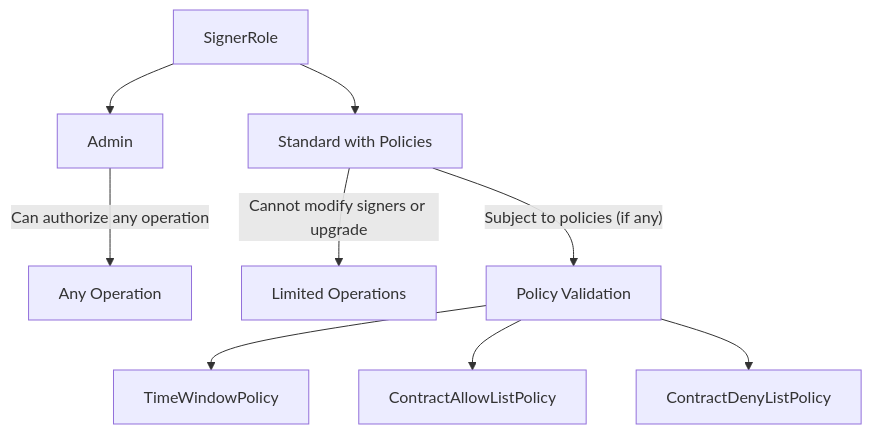
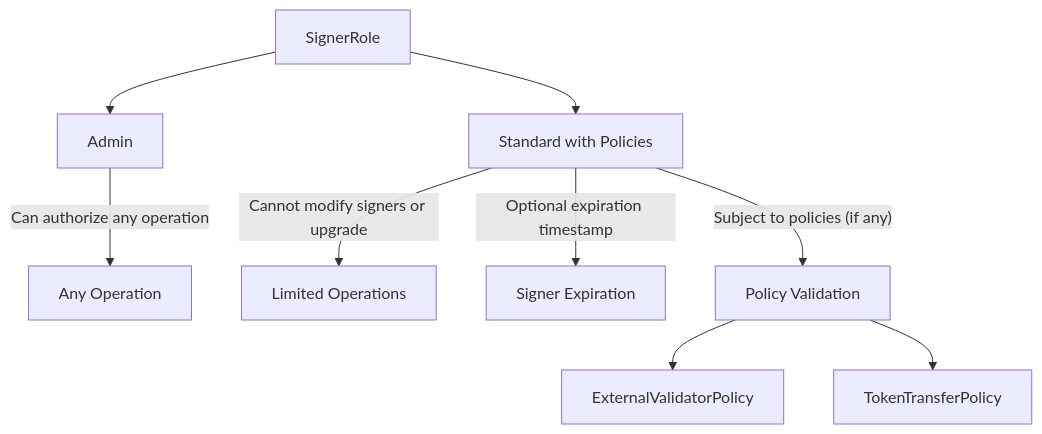
The second of 5 diagrams in contracts/smart-account/README.md (Crossmint/stellar-smart-account), drawn with Mermaid before and after one commit. The commit also changed other lines of this file and 2 other files, not shown here.

````diff
--- a/contracts/smart-account/README.md
+++ b/contracts/smart-account/README.md
@@ -282,13 +304,13 @@
 ```mermaid
 graph TD
     SR[SignerRole] --> Admin[Admin]
     SR --> Standard[Standard with Policies]
-    
+
     Admin --> |"Can authorize any operation"| AnyOp[Any Operation]
     Standard --> |"Cannot modify signers or upgrade"| LimitedOp[Limited Operations]
+    Standard --> |"Optional expiration timestamp"| Expiration[Signer Expiration]
     Standard --> |"Subject to policies (if any)"| PolicyCheck[Policy Validation]
-    
-    PolicyCheck --> TB[TimeWindowPolicy]
-    PolicyCheck --> AL[ContractAllowListPolicy]
-    PolicyCheck --> DL[ContractDenyListPolicy]
+
+    PolicyCheck --> EP[ExternalValidatorPolicy]
+    PolicyCheck --> TTP[TokenTransferPolicy]
 ```
````
